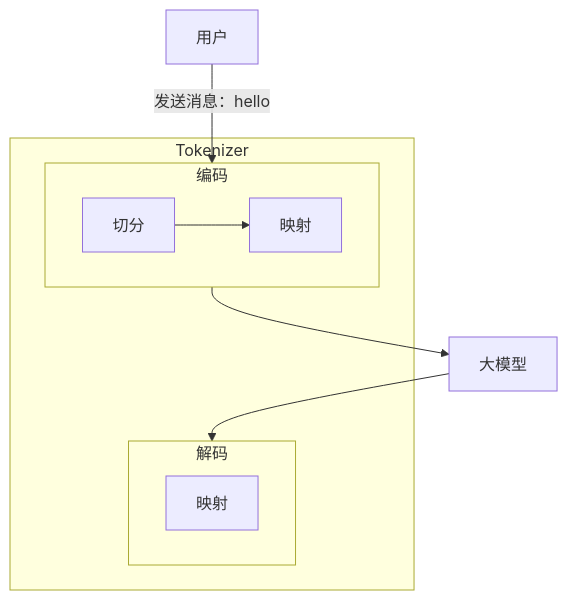
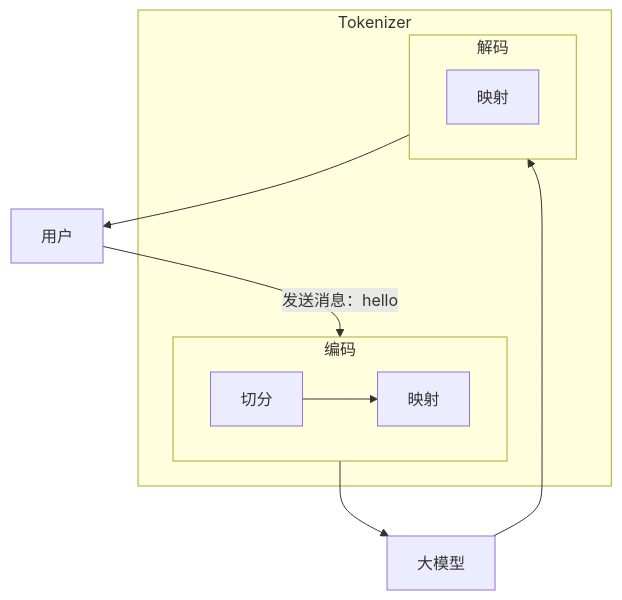
The diagram in all/未命名.md (wangxiaoqi0123/iodraw-files), drawn with Mermaid before and after one commit.

Commit message:
2026-04-09 17:01:19 update

````diff
--- a/all/未命名.md
+++ b/all/未命名.md
@@ -1,28 +1,29 @@
 ```mermaid
 flowchart 
     U[用户]
     M[大模型]
 
     %% 外层包裹：文本处理阶段
     subgraph Pipeline[Tokenizer]
         
         %% 编码模块
         subgraph Encoder[编码]
             E1[切分]
             E2[映射]
         end
 
         %% 解码模块
         subgraph Decoder[解码]
             D1[映射]
         end
 
     end
 
     %% 流程连接
     U -- 发送消息：hello --> Encoder
     E1 --> E2
     Encoder --> M
     M --> Decoder
+    Decoder --> U
 
 ```
````
